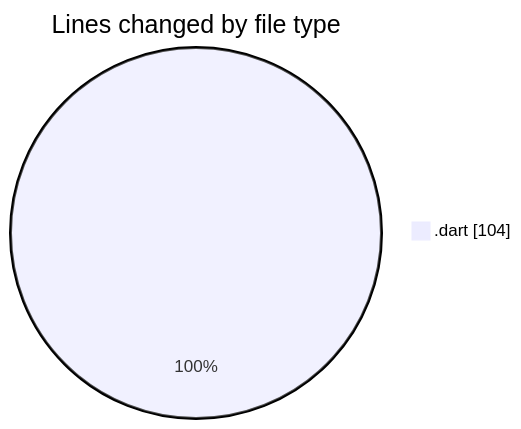
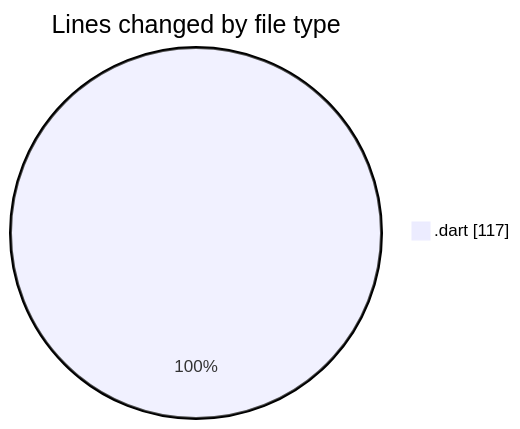
One commit to donsfak/code-tracking changed the first of 2 diagrams in 2025-02-17/uber_clone/README.md. Above: the diagram before and after it, drawn with Mermaid. The commit also changed other lines of this file and 1 other file, not shown here.

````diff
--- a/2025-02-17/uber_clone/README.md
+++ b/2025-02-17/uber_clone/README.md
@@ -20,5 +21,5 @@
 ```mermaid
 pie showData
 title Lines changed by file type
-".dart" : 104
+".dart" : 117
 ```
````
